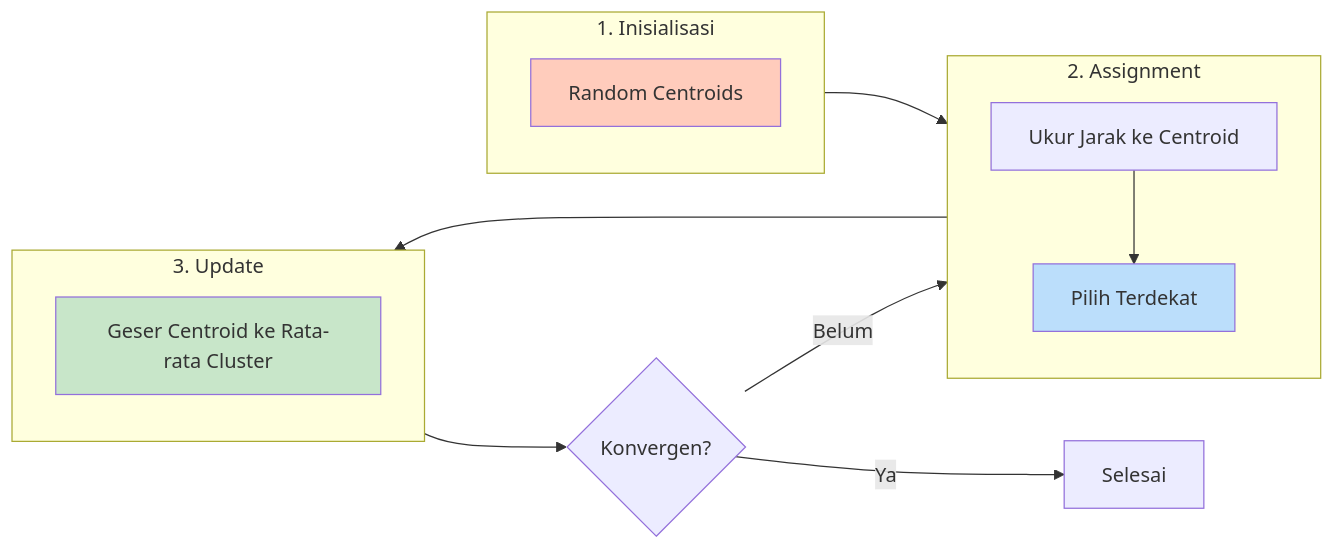
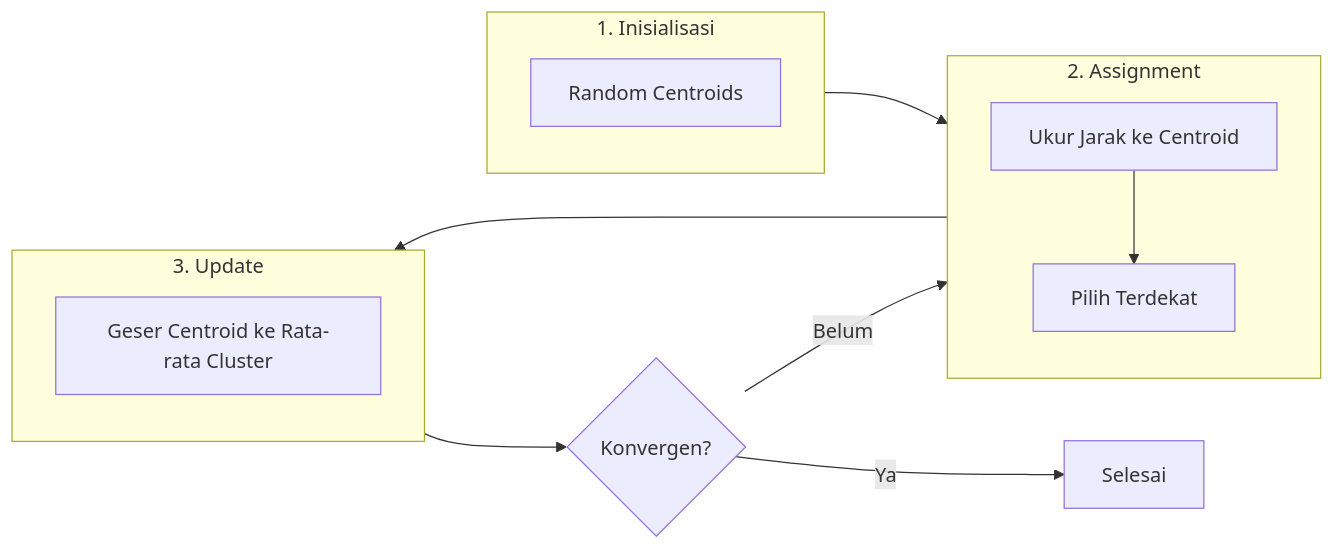
One commit to antonprafanto/dasarAI2026 changed the second of 7 diagrams in bab-07-clustering.md. Above: the diagram before and after it, drawn with Mermaid. The commit also changed other lines of this file and 8 other files, not shown here.

Commit message:
Fix: Remove custom Mermaid styling for better dark mode visibility

````diff
--- a/bab-07-clustering.md
+++ b/bab-07-clustering.md
@@ -120,22 +118,18 @@
 ```mermaid
 graph LR
     subgraph Step1 [1. Inisialisasi]
         R[Random Centroids]
     end
 
     subgraph Step2 [2. Assignment]
         A[Ukur Jarak ke Centroid] --> B[Pilih Terdekat]
     end
 
     subgraph Step3 [3. Update]
         U[Geser Centroid ke Rata-rata Cluster]
     end
 
     Step1 --> Step2 --> Step3 --> C{Konvergen?}
     C -->|Belum| Step2
     C -->|Ya| Fin[Selesai]
-
-    style R fill:#ffccbc
-    style B fill:#bbdefb
-    style U fill:#c8e6c9
 ```
````
